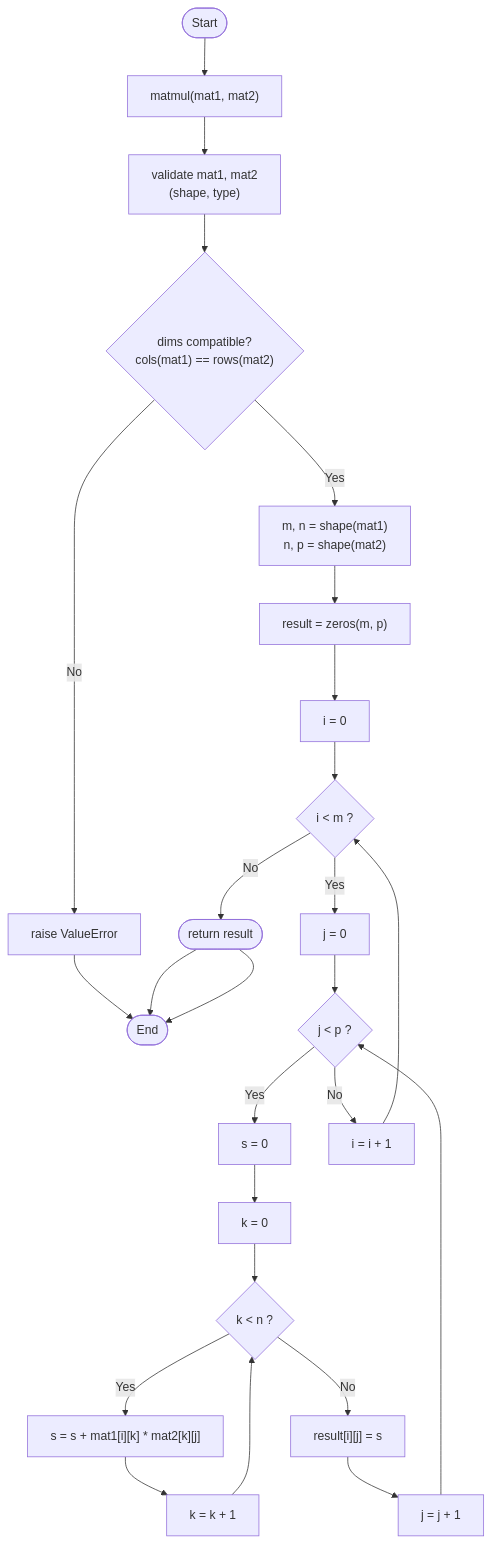
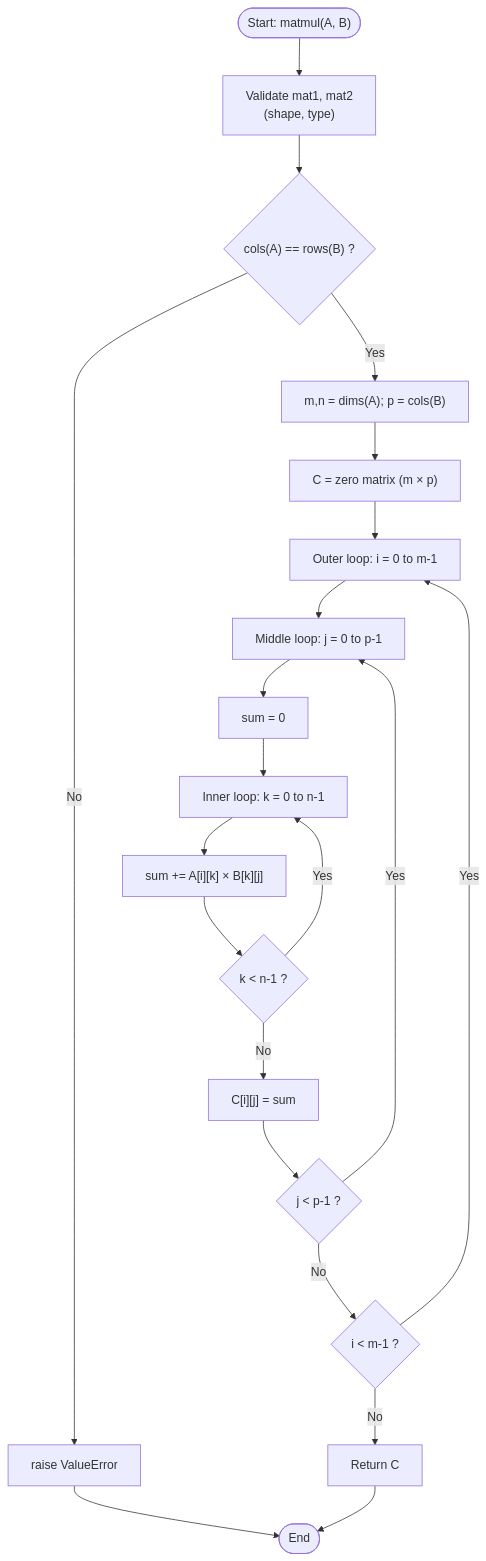
The diagram in docs/matmul_flowchart.md (JiahL-ui/mma3001), drawn with Mermaid before and after one commit. The commit also changed other lines of this file and 6 other files, not shown here.

Commit message:
Fix notebook bugs, add GPS plot, AI ack, flowchart docs, build script

````diff
--- a/docs/matmul_flowchart.md
+++ b/docs/matmul_flowchart.md
@@ -8,33 +8,40 @@
 ```mermaid
 flowchart TD
-    N0([Start])
-    N1["matmul(mat1, mat2)"]
-    N2["validate mat1, mat2\n(shape, type)"]
-    N3{"dims compatible?\ncols(mat1) == rows(mat2)"}
-    N3 -- No --> N3a["raise ValueError"] --> NEnd([End])
-    N3 -- Yes --> N4["m, n = shape(mat1)\nn, p = shape(mat2)"]
-    N5["result = zeros(m, p)"]
-    N6["i = 0"]
-    N7{"i < m ?"}
-    N8["j = 0"]
-    N9{"j < p ?"}
-    N10["s = 0"]
-    N11["k = 0"]
-    N12{"k < n ?"}
-    N13["s = s + mat1[i][k] * mat2[k][j]"]
-    N14["k = k + 1"]
-    N15["result[i][j] = s"]
-    N16["j = j + 1"]
-    N17["i = i + 1"]
-    N18(["return result"])
+    Start(["Start: matmul(A, B)"])
+    Validate["Validate mat1, mat2\n(shape, type)"]
+    CheckDim{"cols(A) == rows(B) ?"}
+    RaiseErr["raise ValueError"]
+    GetDims["m,n = dims(A); p = cols(B)"]
+    InitC["C = zero matrix (m × p)"]
+    LoopI["Outer loop: i = 0 to m-1"]
+    LoopJ["Middle loop: j = 0 to p-1"]
+    InitS["sum = 0"]
+    LoopK["Inner loop: k = 0 to n-1"]
+    DotProd["sum += A[i][k] × B[k][j]"]
+    CheckK{k &lt; n-1 ?}
+    StoreS["C[i][j] = sum"]
+    CheckJ{j &lt; p-1 ?}
+    CheckI{i &lt; m-1 ?}
+    ReturnC["Return C"]
+    End([End])
 
-    N0 --> N1 --> N2 --> N3
-    N4 --> N5 --> N6 --> N7
-    N7 -- Yes --> N8 --> N9
-    N9 -- Yes --> N10 --> N11 --> N12
-    N12 -- Yes --> N13 --> N14 --> N12
-    N12 -- No --> N15 --> N16 --> N9
-    N9 -- No --> N17 --> N7
-    N7 -- No --> N18 --> NEnd
-    N18 --> NEnd([End])
+    Start --> Validate
+    Validate --> CheckDim
+    CheckDim -- No --> RaiseErr --> End
+    CheckDim -- Yes --> GetDims
+    GetDims --> InitC
+    InitC --> LoopI
+    LoopI --> LoopJ
+    LoopJ --> InitS
+    InitS --> LoopK
+    LoopK --> DotProd
+    DotProd --> CheckK
+    CheckK -- Yes --> LoopK
+    CheckK -- No --> StoreS
+    StoreS --> CheckJ
+    CheckJ -- Yes --> LoopJ
+    CheckJ -- No --> CheckI
+    CheckI -- Yes --> LoopI
+    CheckI -- No --> ReturnC
+    ReturnC --> End
 ```
````
